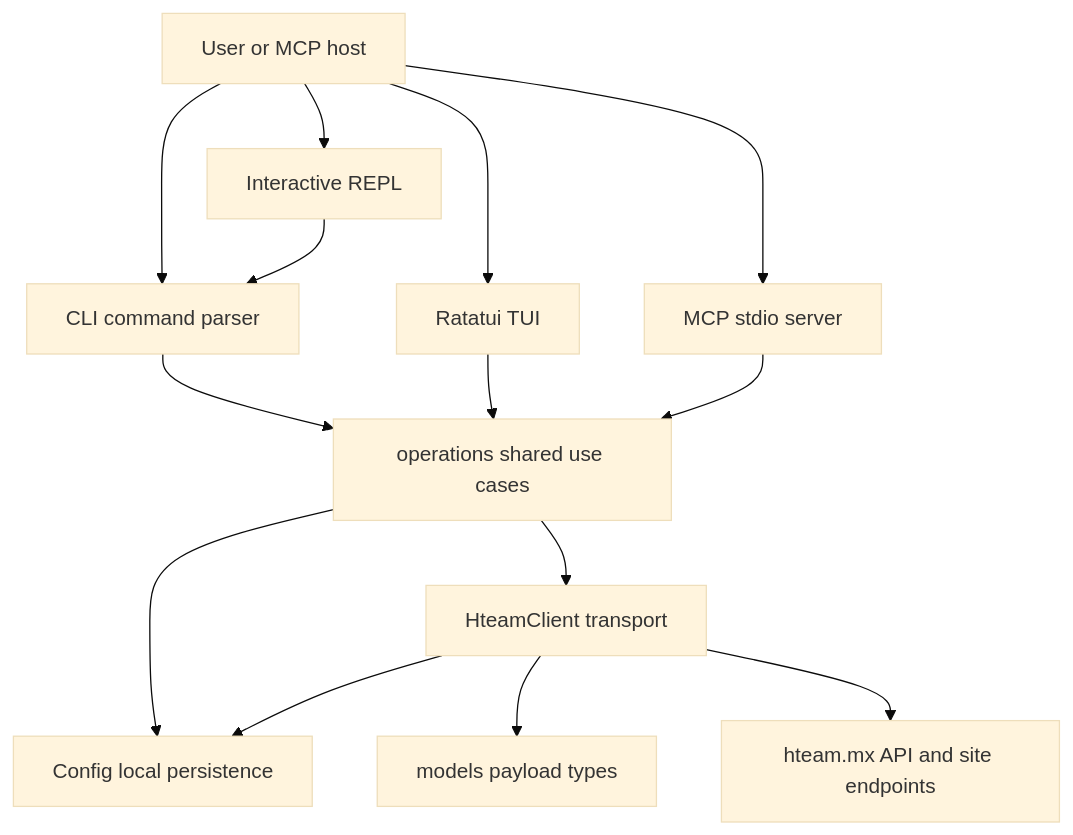
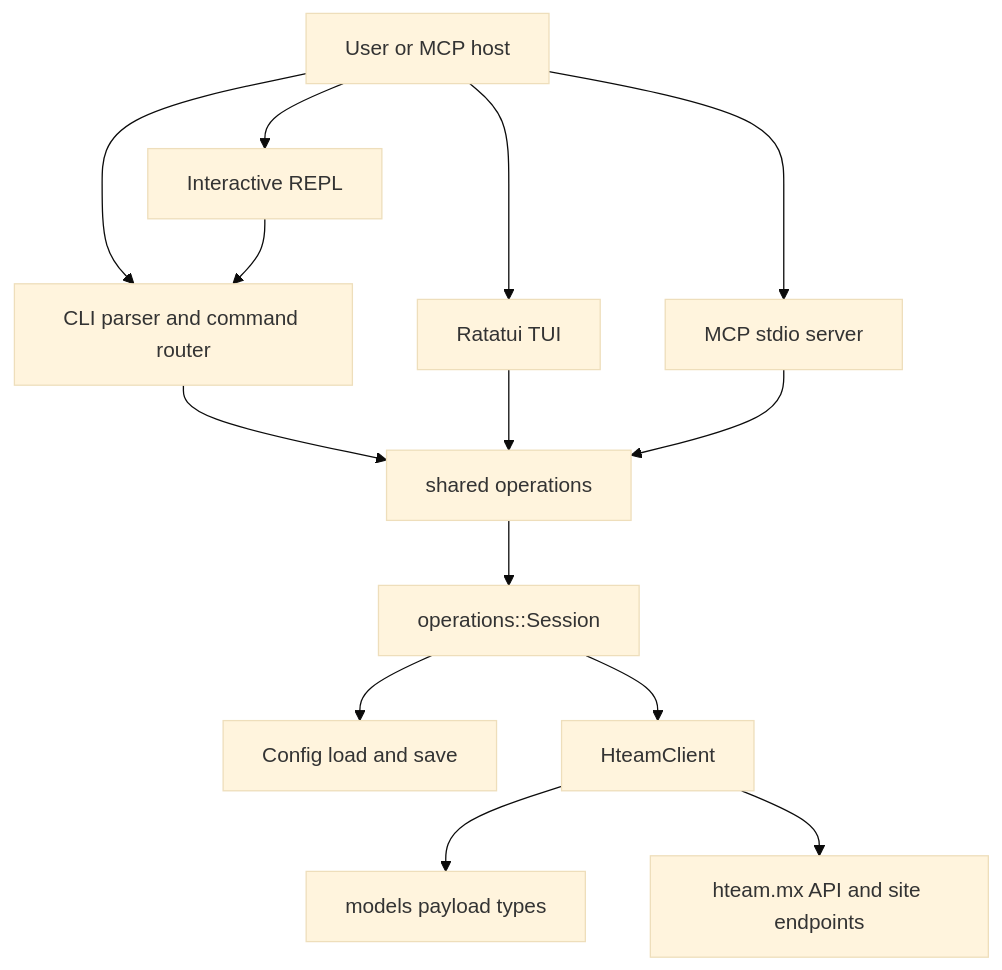
One commit to 4DRIAN0RTIZ/hteam-cli changed the diagram in openwiki/architecture/system-overview.md. Above: the diagram before and after it, drawn with Mermaid (base theme). The commit also changed other lines of this file and 25 other files, not shown here.

````diff
--- a/openwiki/architecture/system-overview.md
+++ b/openwiki/architecture/system-overview.md
@@ -45,16 +52,18 @@
 ```mermaid
 flowchart TD
-    User["User or MCP host"] --> CLI["CLI command parser"]
+    User["User or MCP host"] --> CLI["CLI parser and command router"]
     User --> REPL["Interactive REPL"]
     User --> TUI["Ratatui TUI"]
     User --> MCP["MCP stdio server"]
-    CLI --> OPS["operations shared use cases"]
+
+    CLI --> OPS["shared operations"]
     REPL --> CLI
     TUI --> OPS
     MCP --> OPS
-    OPS --> CLIENT["HteamClient transport"]
-    OPS --> CONFIG["Config local persistence"]
-    CLIENT --> CONFIG
+
+    OPS --> SESSION["operations::Session"]
+    SESSION --> CONFIG["Config load and save"]
+    SESSION --> CLIENT["HteamClient"]
     CLIENT --> MODELS["models payload types"]
     CLIENT --> API["hteam.mx API and site endpoints"]
 ```
````
